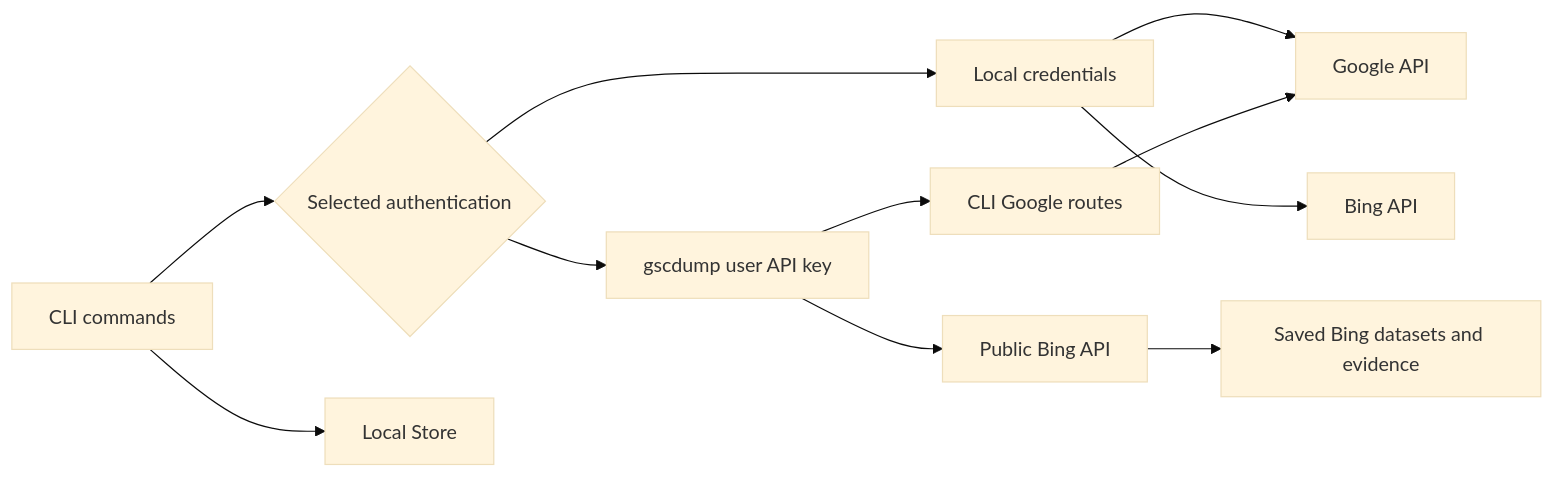
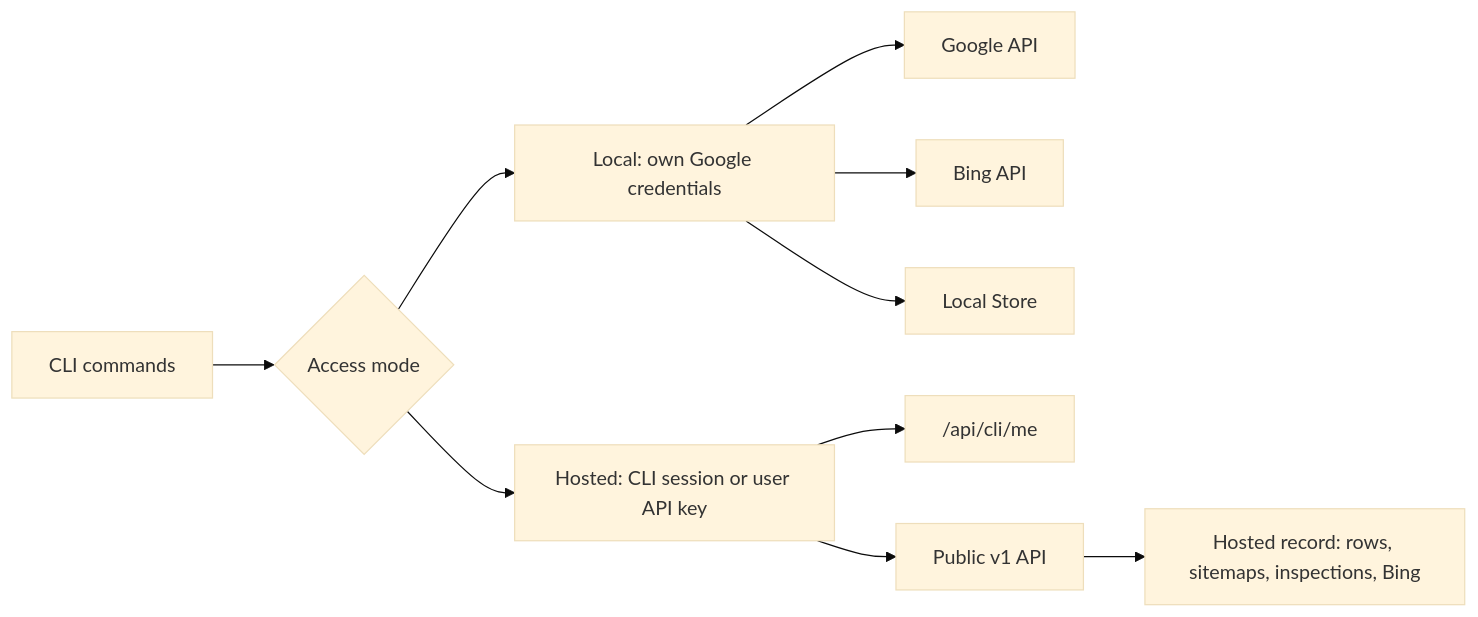
Before and after one commit to harlan-zw/gscdump: the diagram in ARCHITECTURE.md, drawn with Mermaid (base theme). The commit also changed other lines of this file and 64 other files, not shown here.

First line of the commit message:
feat(cli)!: offer exactly two access modes, Local and Hosted

````diff
--- a/ARCHITECTURE.md
+++ b/ARCHITECTURE.md
@@ -55,13 +56,12 @@
 ```mermaid
 flowchart LR
-  Commands[CLI commands] --> Auth{Selected authentication}
-  Auth --> Local[Local credentials]
-  Auth --> Cloud[gscdump user API key]
+  Commands[CLI commands] --> Mode{Access mode}
+  Mode --> Local[Local: own Google credentials]
+  Mode --> Hosted[Hosted: CLI session or user API key]
   Local --> Google[Google API]
   Local --> Bing[Bing API]
-  Cloud --> GoogleRoutes[CLI Google routes]
-  Cloud --> BingRoutes[Public Bing API]
-  GoogleRoutes --> Google
-  BingRoutes --> Saved[Saved Bing datasets and evidence]
-  Commands --> Store[Local Store]
+  Local --> Store[Local Store]
+  Hosted --> Me["/api/cli/me"]
+  Hosted --> V1[Public v1 API]
+  V1 --> Record[Hosted record: rows, sitemaps, inspections, Bing]
 ```
````
